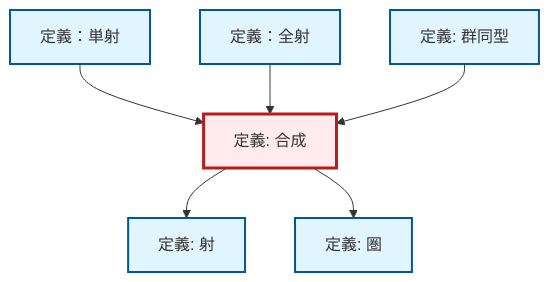
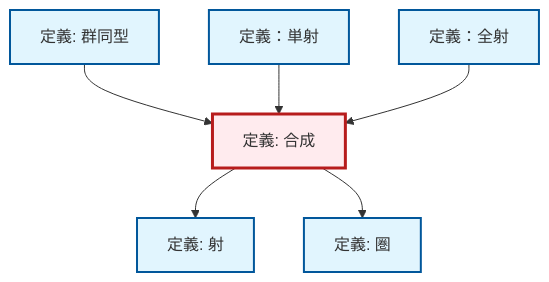
The diagram in content/ja/category-theory/def-composition.qmd (RK0429/ModernMath), drawn with Mermaid before and after one commit. The commit also changed other lines of this file and 328 other files, not shown here.

````diff
--- a/content/ja/category-theory/def-composition.qmd
+++ b/content/ja/category-theory/def-composition.qmd
@@ -93,26 +93,26 @@
 ```{mermaid}
 %%| fig-cap: "ローカル依存関係グラフ"
 graph TD
     classDef definition fill:#e1f5fe,stroke:#01579b,stroke-width:2px
     classDef theorem fill:#f3e5f5,stroke:#4a148c,stroke-width:2px
     classDef axiom fill:#fff3e0,stroke:#e65100,stroke-width:2px
     classDef example fill:#e8f5e9,stroke:#1b5e20,stroke-width:2px
     classDef current fill:#ffebee,stroke:#b71c1c,stroke-width:3px
     def-morphism["定義: 射"]:::definition
+    def-composition["定義: 合成"]:::definition
+    def-epimorphism["定義：全射"]:::definition
     def-isomorphism["定義: 群同型"]:::definition
-    def-epimorphism["定義：全射"]:::definition
-    def-composition["定義: 合成"]:::definition
     def-category["定義: 圏"]:::definition
     def-monomorphism["定義：単射"]:::definition
-    def-monomorphism --> def-composition
-    def-epimorphism --> def-composition
     def-composition --> def-morphism
     def-isomorphism --> def-composition
+    def-monomorphism --> def-composition
     def-composition --> def-category
+    def-epimorphism --> def-composition
     class def-composition current
     click def-morphism "def-morphism.html" "射の定義へ"
+    click def-epimorphism "def-epimorphism.html" "定義：全射へ"
     click def-isomorphism "def-isomorphism.html" "群同型の定義へ"
-    click def-epimorphism "def-epimorphism.html" "定義：全射へ"
     click def-category "def-category.html" "圏の定義へ"
     click def-monomorphism "def-monomorphism.html" "定義：単射へ"
 ```
````
